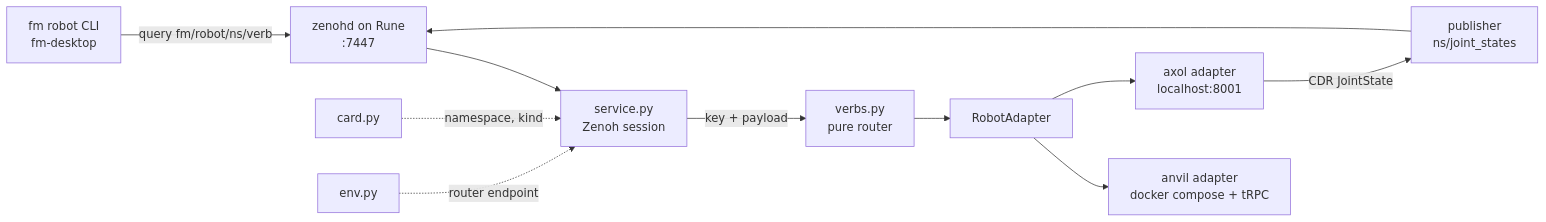
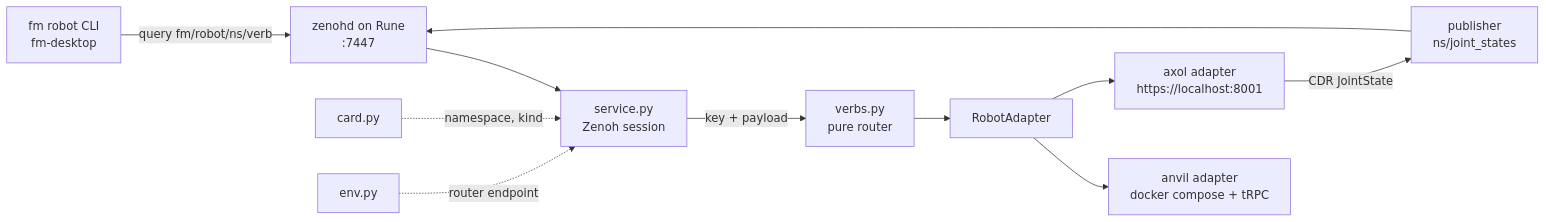
The diagram in src/fm_robot_agent/README.md (first-motive/fm-robot-agent), drawn with Mermaid before and after one commit. The commit also changed other lines of this file and 2 other files, not shown here.

Commit message:
fix: reach the axol server over https

````diff
--- a/src/fm_robot_agent/README.md
+++ b/src/fm_robot_agent/README.md
@@ -15,12 +15,12 @@
 ```mermaid
 flowchart LR
     D[fm robot CLI<br/>fm-desktop] -->|query fm/robot/ns/verb| R[zenohd on Rune<br/>:7447]
     R --> S[service.py<br/>Zenoh session]
     S -->|key + payload| V[verbs.py<br/>pure router]
     V --> A[RobotAdapter]
     A --> AN[anvil adapter<br/>docker compose + tRPC]
-    A --> AX[axol adapter<br/>localhost:8001]
+    A --> AX[axol adapter<br/>https://localhost:8001]
     AX -->|CDR JointState| P[publisher<br/>ns/joint_states] --> R
     C[card.py] -.->|namespace, kind| S
     E[env.py] -.->|router endpoint| S
 ```
````
